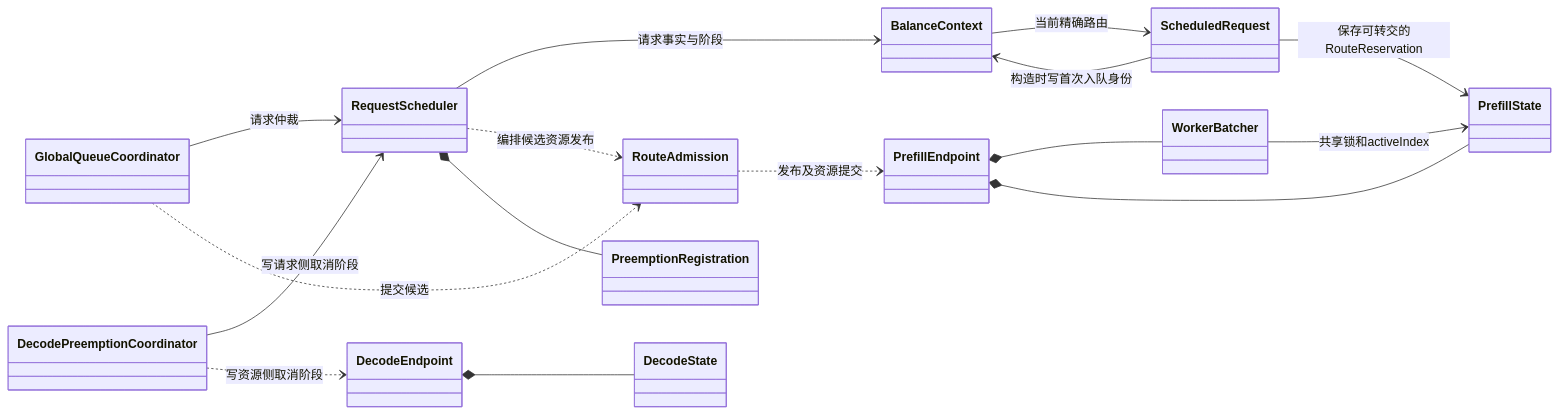
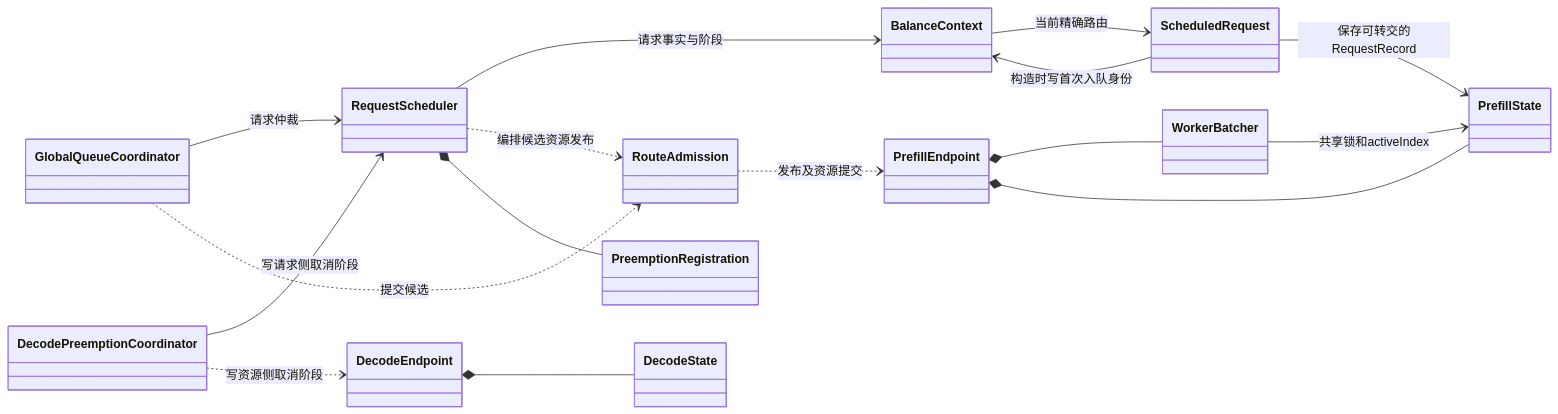
The second of 6 diagrams in rtp_llm/flexlb/docs/scheduler-design/class-structure-review.md (alibaba/rtp-llm), drawn with Mermaid before and after one commit. The commit also changed other lines of this file and 226 other files, not shown here.

````diff
--- a/rtp_llm/flexlb/docs/scheduler-design/class-structure-review.md
+++ b/rtp_llm/flexlb/docs/scheduler-design/class-structure-review.md
@@ -133,19 +133,19 @@
 ```mermaid
 classDiagram
     direction LR
     RequestScheduler --> BalanceContext : 请求事实与阶段
     BalanceContext --> ScheduledRequest : 当前精确路由
     ScheduledRequest --> BalanceContext : 构造时写首次入队身份
-    ScheduledRequest --> PrefillState : 保存可转交的RouteReservation
+    ScheduledRequest --> PrefillState : 保存可转交的RequestRecord
     GlobalQueueCoordinator --> RequestScheduler : 请求仲裁
     GlobalQueueCoordinator ..> RouteAdmission : 提交候选
     RequestScheduler ..> RouteAdmission : 编排候选资源发布
     RouteAdmission ..> PrefillEndpoint : 发布及资源提交
     PrefillEndpoint *-- WorkerBatcher
     PrefillEndpoint *-- PrefillState
     WorkerBatcher --> PrefillState : 共享锁和activeIndex
     DecodePreemptionCoordinator --> RequestScheduler : 写请求侧取消阶段
     RequestScheduler *-- PreemptionRegistration
     DecodePreemptionCoordinator ..> DecodeEndpoint : 写资源侧取消阶段
     DecodeEndpoint *-- DecodeState
 ```
````
